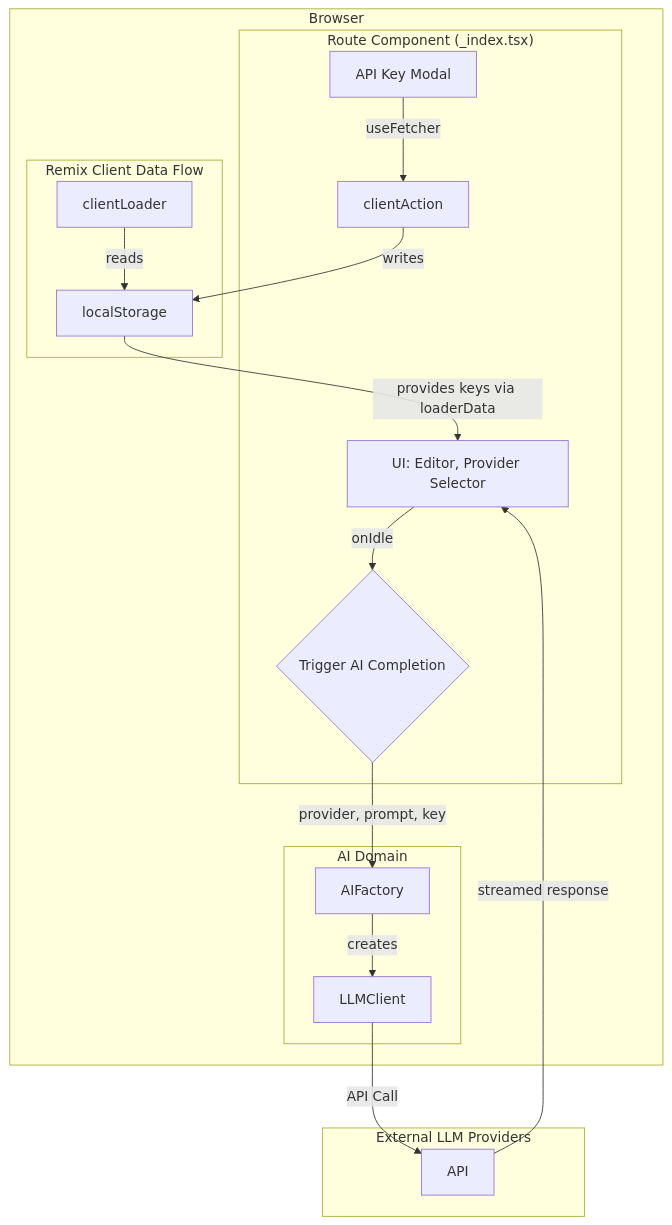
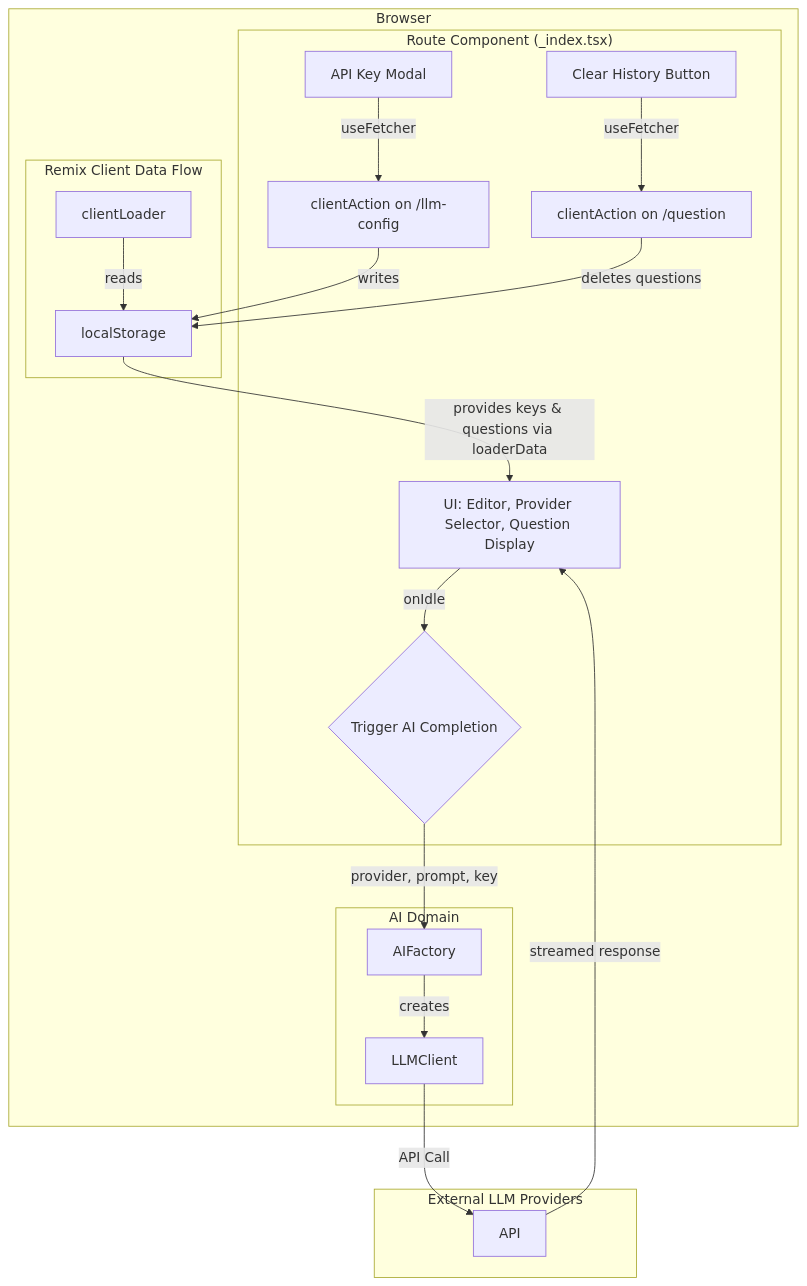
Before and after one commit to Geb-algebra/deai: the diagram in .ai/memory-bank/systemPatterns.md, drawn with Mermaid. The commit also changed other lines of this file and 6 other files, not shown here.

````diff
--- a/.ai/memory-bank/systemPatterns.md
+++ b/.ai/memory-bank/systemPatterns.md
@@ -9,28 +9,30 @@
 ```mermaid
 graph TD
     subgraph Browser
         subgraph "Route Component (_index.tsx)"
-            A[UI: Editor, Provider Selector] -->|onIdle| E{Trigger AI Completion};
-            B[API Key Modal] -- "useFetcher" --> D[clientAction];
+            A[UI: Editor, Provider Selector, Question Display] -->|onIdle| E{Trigger AI Completion};
+            B[API Key Modal] -- "useFetcher" --> D[clientAction on /llm-config];
+            I[Clear History Button] -- "useFetcher" --> J[clientAction on /question];
         end
 
         subgraph "Remix Client Data Flow"
             C[clientLoader] -->|reads| LS[localStorage];
-            LS -->|provides keys via loaderData| A;
+            LS -->|provides keys & questions via loaderData| A;
             D -->|writes| LS;
+            J -->|deletes questions| LS;
         end
 
         subgraph "AI Domain"
             F[AIFactory] -->|creates| G[LLMClient];
         end
 
         E -->|provider, prompt, key| F;
     end
 
     subgraph "External LLM Providers"
         H[API]
     end
 
     G -->|API Call| H;
     H -->|streamed response| A;
 ```
````
